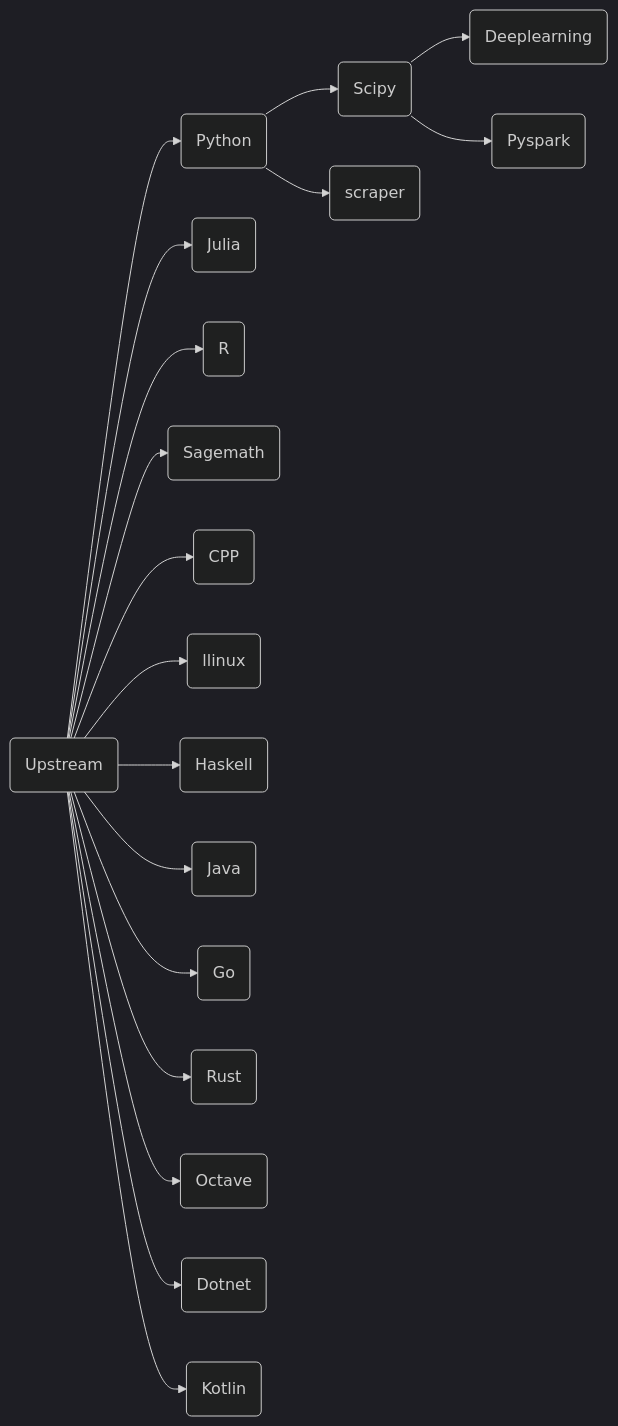
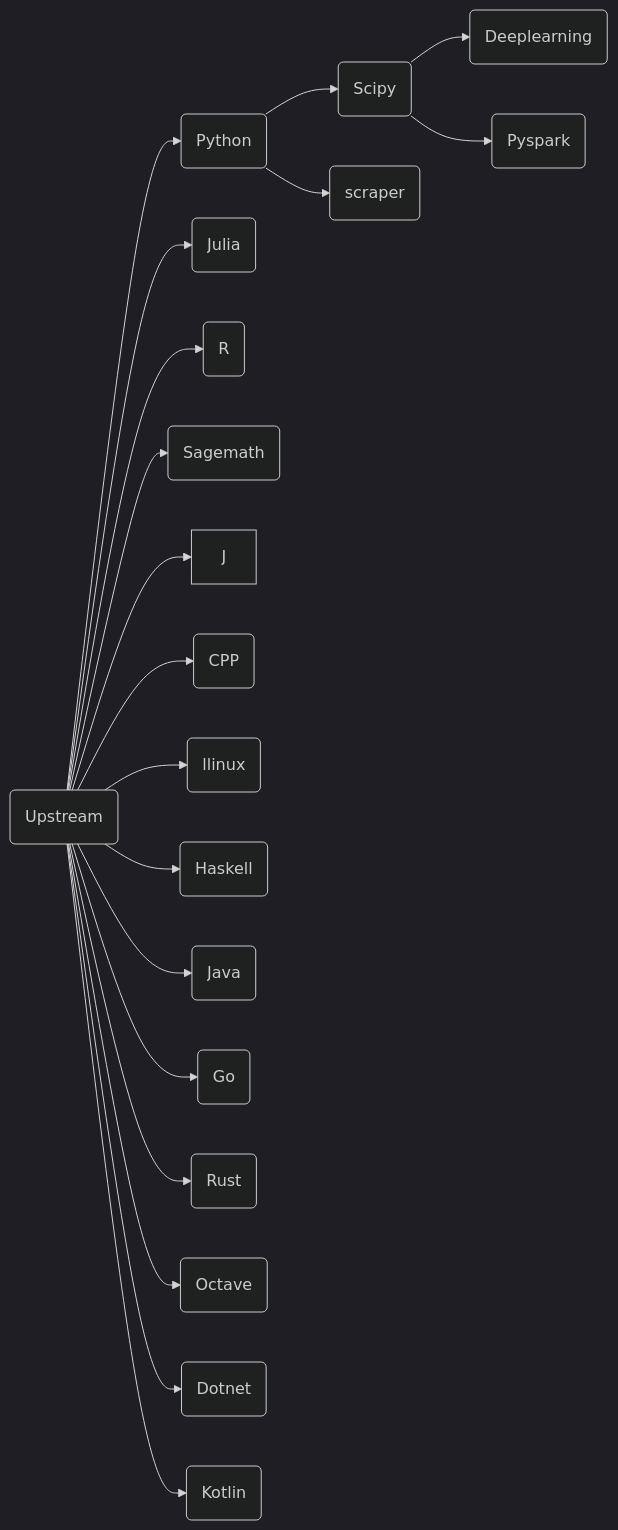
Before and after one commit to ben0i0d/jupyter-image-stacks: the diagram in README.md, drawn with Mermaid (dark theme). The commit also changed other lines of this file and 2 other files, not shown here.

````diff
--- a/README.md
+++ b/README.md
@@ -139,20 +140,21 @@
 ```mermaid
 graph LR
 A(Upstream)-->B(Python)
 B-->C(Scipy)
 B-->D(scraper)
 C(Scipy)-->E(Deeplearning)  
 C(Scipy)-->F(Pyspark)  
 A-->G(Julia)
 A-->H(R)
 A-->I(Sagemath)
-A-->J(CPP)
-A-->K(llinux)
-A-->L(Haskell)
-A-->M(Java)
-A-->N(Go)
-A-->O(Rust)
-A-->P(Octave)
-A-->Q(Dotnet)
-A-->R(Kotlin)
+A-->J
+A-->K(CPP)
+A-->L(llinux)
+A-->M(Haskell)
+A-->N(Java)
+A-->O(Go)
+A-->P(Rust)
+A-->Q(Octave)
+A-->R(Dotnet)
+A-->S(Kotlin)
 ```  
````
